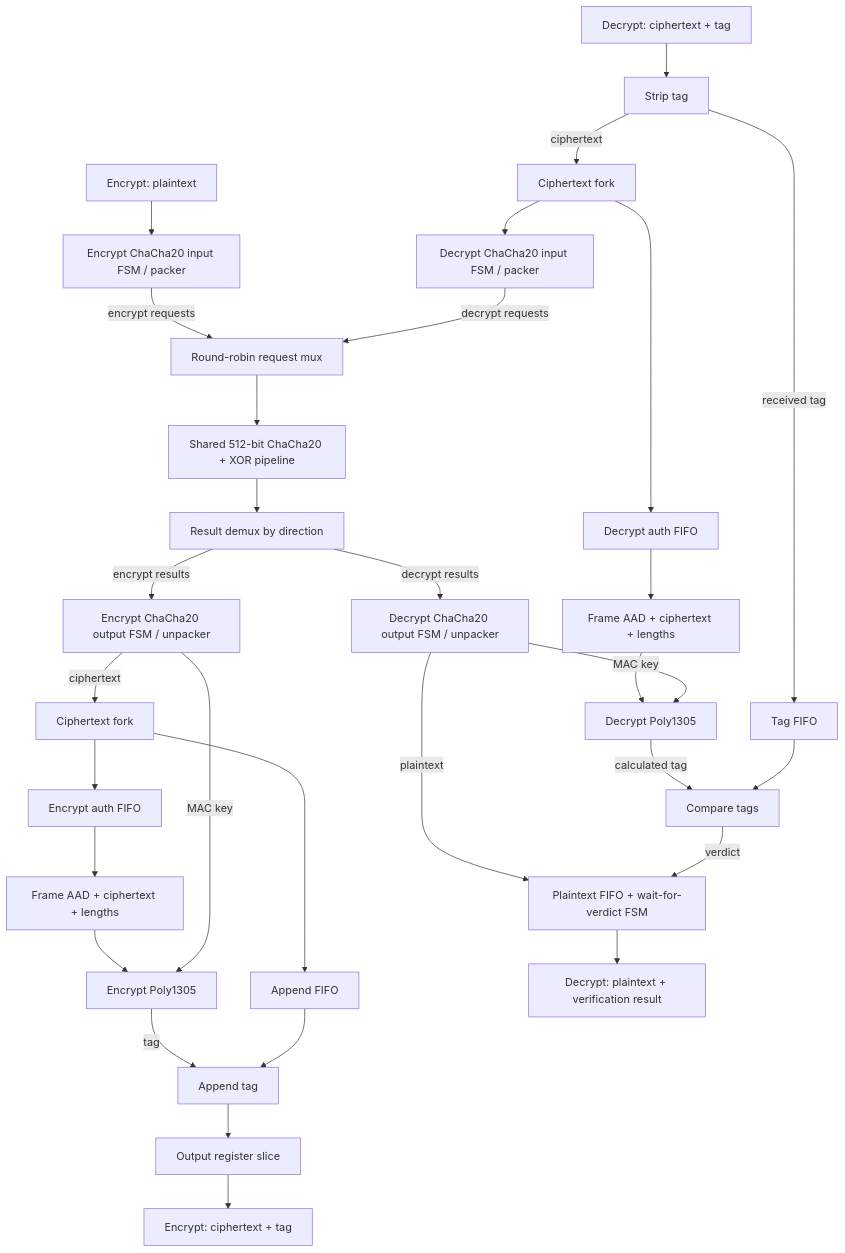
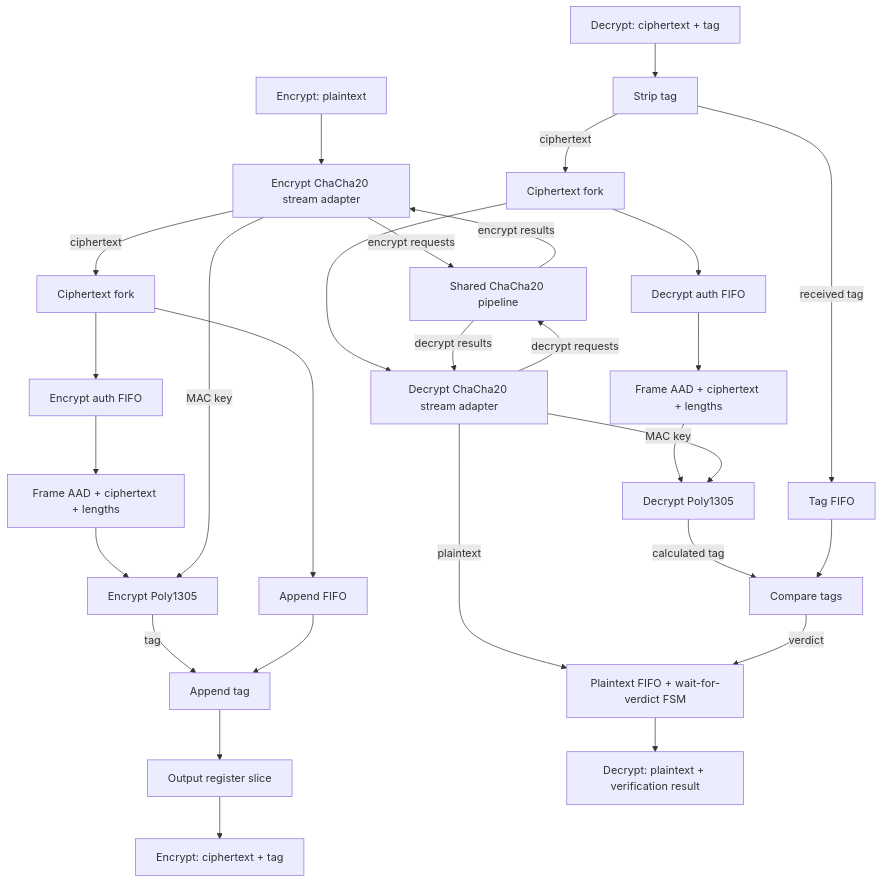
The diagram in 3.build/pypeline_build/README.md (chili-chips/wireguard-fpga), drawn with Mermaid before and after one commit. The commit also changed other lines of this file and 55 other files, not shown here.

````diff
--- a/3.build/pypeline_build/README.md
+++ b/3.build/pypeline_build/README.md
@@ -26,29 +27,27 @@
 ```mermaid
 flowchart TB
-    plain["Encrypt: plaintext"] --> ein["Encrypt ChaCha20 input FSM / packer"]
+    plain["Encrypt: plaintext"] --> echa["Encrypt ChaCha20 stream adapter"]
     received["Decrypt: ciphertext + tag"] --> strip["Strip tag"]
     strip -->|ciphertext| df["Ciphertext fork"]
-    df --> din["Decrypt ChaCha20 input FSM / packer"]
+    df --> dcha["Decrypt ChaCha20 stream adapter"]
 
-    ein -->|encrypt requests| mux["Round-robin request mux"]
-    din -->|decrypt requests| mux
-    mux --> shared["Shared 512-bit ChaCha20 + XOR pipeline"]
-    shared --> demux["Result demux by direction"]
-    demux -->|encrypt results| eout["Encrypt ChaCha20 output FSM / unpacker"]
-    demux -->|decrypt results| dout["Decrypt ChaCha20 output FSM / unpacker"]
+    echa -->|encrypt requests| shared["Shared ChaCha20 pipeline"]
+    dcha -->|decrypt requests| shared
+    shared -->|encrypt results| echa
+    shared -->|decrypt results| dcha
 
-    eout -->|ciphertext| ef["Ciphertext fork"]
+    echa -->|ciphertext| ef["Ciphertext fork"]
     ef --> ea["Encrypt auth FIFO"] --> ep["Frame AAD + ciphertext + lengths"]
     ep --> em["Encrypt Poly1305"] -->|tag| append["Append tag"]
-    eout -->|MAC key| em
+    echa -->|MAC key| em
     ef --> eb["Append FIFO"] --> append
     append --> slice["Output register slice"] --> encrypted["Encrypt: ciphertext + tag"]
 
     df --> da["Decrypt auth FIFO"] --> dp["Frame AAD + ciphertext + lengths"]
     dp --> dm["Decrypt Poly1305"] -->|calculated tag| verify["Compare tags"]
-    dout -->|MAC key| dm
+    dcha -->|MAC key| dm
     strip -->|received tag| tags["Tag FIFO"] --> verify
-    dout -->|plaintext| hold["Plaintext FIFO + wait-for-verdict FSM"]
+    dcha -->|plaintext| hold["Plaintext FIFO + wait-for-verdict FSM"]
     verify -->|verdict| hold
     hold --> output["Decrypt: plaintext + verification result"]
 ```
````
